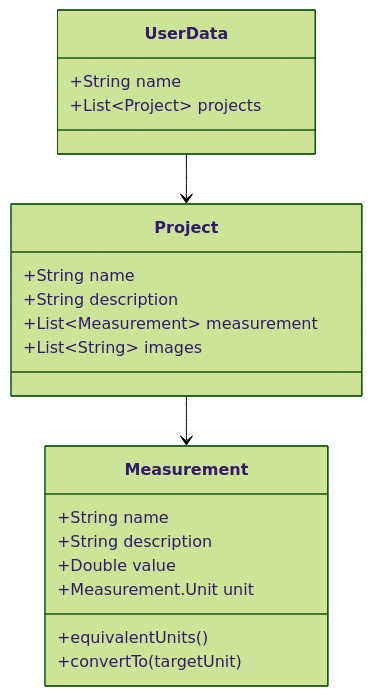
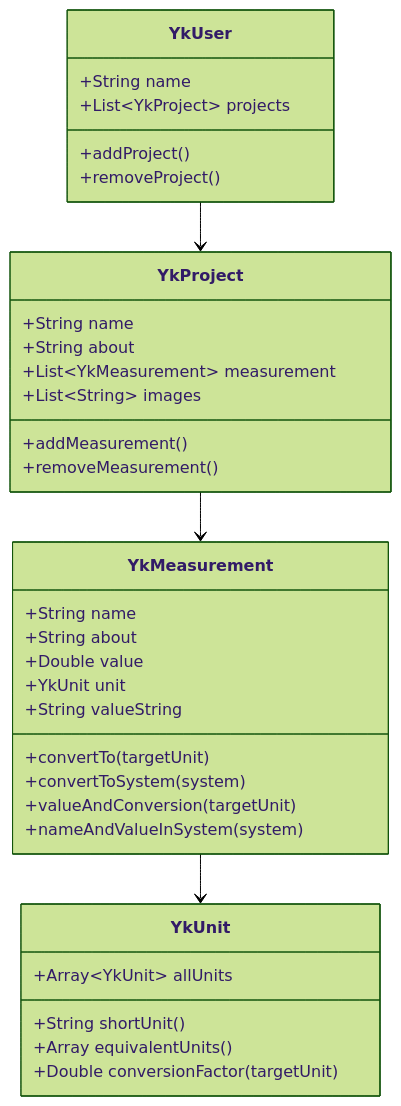
One commit to radcli14/radcli14 changed the diagram in README.md. Above: the diagram before and after it, drawn with Mermaid (forest theme).

Commit message:
Update YouKon diagram

````diff
--- a/README.md
+++ b/README.md
@@ -33,23 +33,37 @@
 ```mermaid
 classDiagram
-UserData --> Project
-Project --> Measurement
-class UserData {
+YkUser --> YkProject
+YkProject --> YkMeasurement
+YkMeasurement --> YkUnit
+class YkUser {
 +String name
-+List~Project~ projects
++List~YkProject~ projects
++addProject()
++removeProject()
 }
-class Project {
+class YkProject {
 +String name
-+String description
-+List~Measurement~ measurement
++String about
++List~YkMeasurement~ measurement
 +List~String~ images
++addMeasurement()
++removeMeasurement()
 }
-class Measurement {
+class YkMeasurement {
 +String name
-+String description
++String about
 +Double value
-+Measurement.Unit unit
-+equivalentUnits()
++YkUnit unit
++String valueString
 +convertTo(targetUnit)
-} 
++convertToSystem(system)
++valueAndConversion(targetUnit)
++nameAndValueInSystem(system)
+}
+class YkUnit {
++Array~YkUnit~ allUnits
++String shortUnit()
++Array<YkUnit> equivalentUnits()
++Double conversionFactor(targetUnit)
+}
 ```
````
